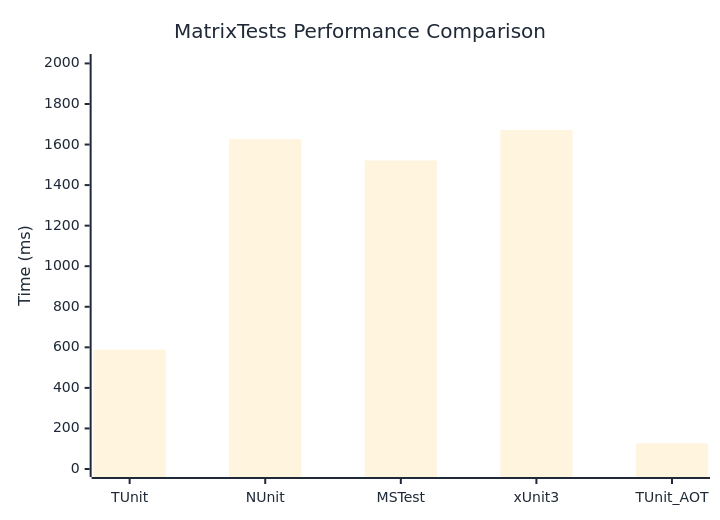
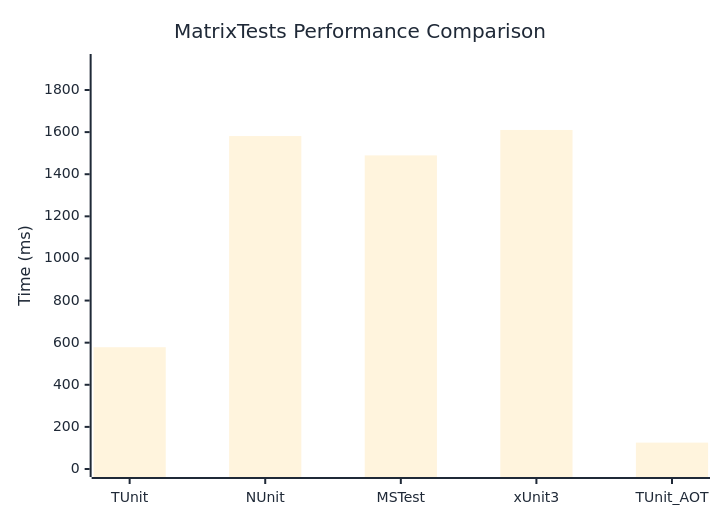
The diagram in docs/docs/benchmarks/MatrixTests.md (thomhurst/TUnit), drawn with Mermaid before and after one commit. The commit also changed other lines of this file and 17 other files, not shown here.

````diff
--- a/docs/docs/benchmarks/MatrixTests.md
+++ b/docs/docs/benchmarks/MatrixTests.md
@@ -27,37 +27,37 @@
 ```mermaid
 %%{init: {
   'theme':'base',
   'themeVariables': {
     'primaryColor': '#2563eb',
     'primaryTextColor': '#1f2937',
     'primaryBorderColor': '#1e40af',
     'lineColor': '#6b7280',
     'secondaryColor': '#7c3aed',
     'tertiaryColor': '#dc2626',
     'background': '#ffffff',
     'mainBkg': '#2563eb',
     'secondBkg': '#7c3aed',
     'tertiaryBkg': '#dc2626',
     'clusterBkg': '#f3f4f6',
     'edgeLabelBackground': '#ffffff',
     'tertiaryTextColor': '#1f2937',
     'pie1': '#2563eb',
     'pie2': '#7c3aed',
     'pie3': '#dc2626',
     'pie4': '#f59e0b',
     'pie5': '#10b981',
     'pie6': '#06b6d4',
     'pie7': '#ec4899',
     'pie8': '#6366f1',
     'pie9': '#84cc16',
     'pie10': '#f97316',
     'pie11': '#14b8a6',
     'pie12': '#a855f7'
   }
 }}%%
 xychart-beta
   title "MatrixTests Performance Comparison"
   x-axis ["TUnit", "NUnit", "MSTest", "xUnit3", "TUnit_AOT"]
-  y-axis "Time (ms)" 0 --> 2007
-  bar [588.7, 1626.7, 1521.4, 1671.8, 126.3]
+  y-axis "Time (ms)" 0 --> 1933
+  bar [578.4, 1581.3, 1489.4, 1610.2, 125.3]
 ```
````
